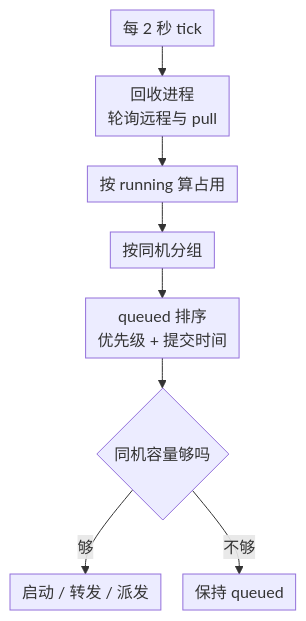
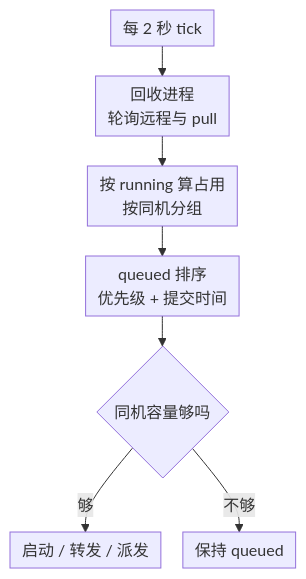
One commit to cixiy1/Yuki-blog changed the fifth of 9 diagrams in src/content/posts/chest-smart-diagnosis.md. Above: the diagram before and after it, drawn with Mermaid. The commit also changed other lines of this file, not shown here.

Commit message:
fix(posts): 槽位图合并节点、冒烟图补命令名，全部图比例 >=0.79

````diff
--- a/src/content/posts/chest-smart-diagnosis.md
+++ b/src/content/posts/chest-smart-diagnosis.md
@@ -206,11 +206,10 @@
 ```mermaid
 %%{init: {"flowchart": {"nodeSpacing": 22, "rankSpacing": 30, "padding": 6, "wrappingWidth": 160}}}%%
 flowchart TD
   Tick["每 2 秒 tick"] --> Scan["回收进程<br/>轮询远程与 pull"]
-  Scan --> Count["按 running 算占用"]
-  Count --> Group["按同机分组"]
+  Scan --> Group["按 running 算占用<br/>按同机分组"]
   Group --> Sort["queued 排序<br/>优先级 + 提交时间"]
   Sort --> Fit{"同机容量够吗"}
   Fit -->|"够"| Dispatch["启动 / 转发 / 派发"]
   Fit -->|"不够"| Wait["保持 queued"]
 ```
````
